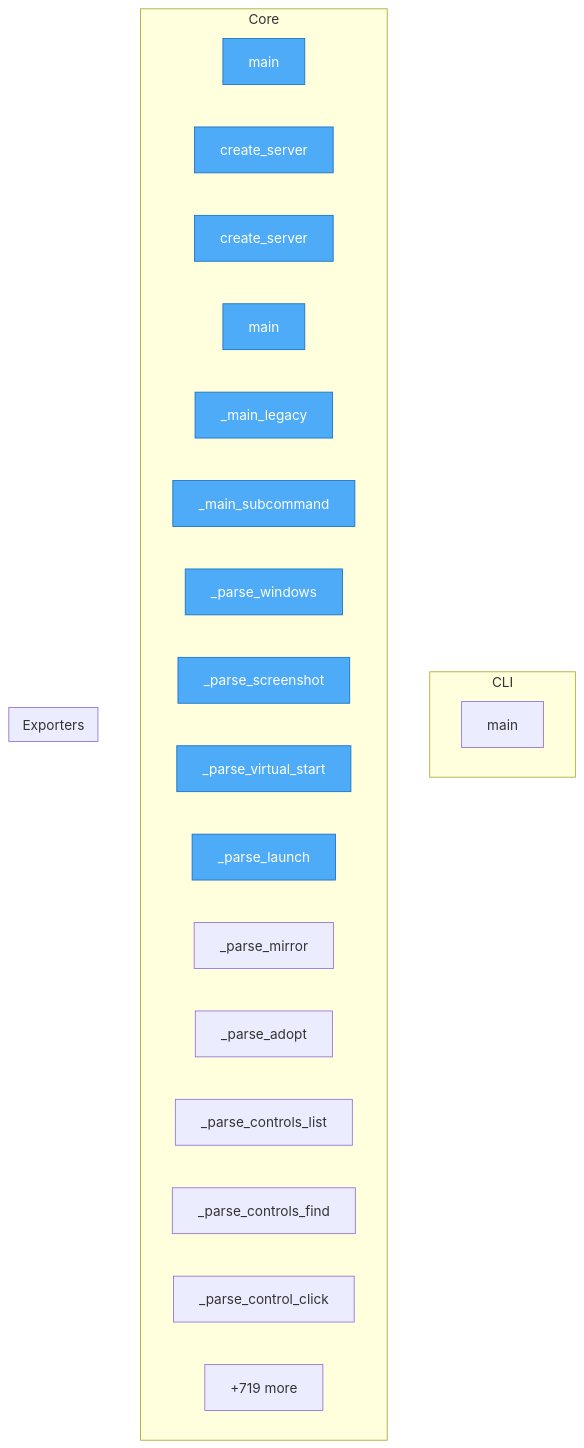
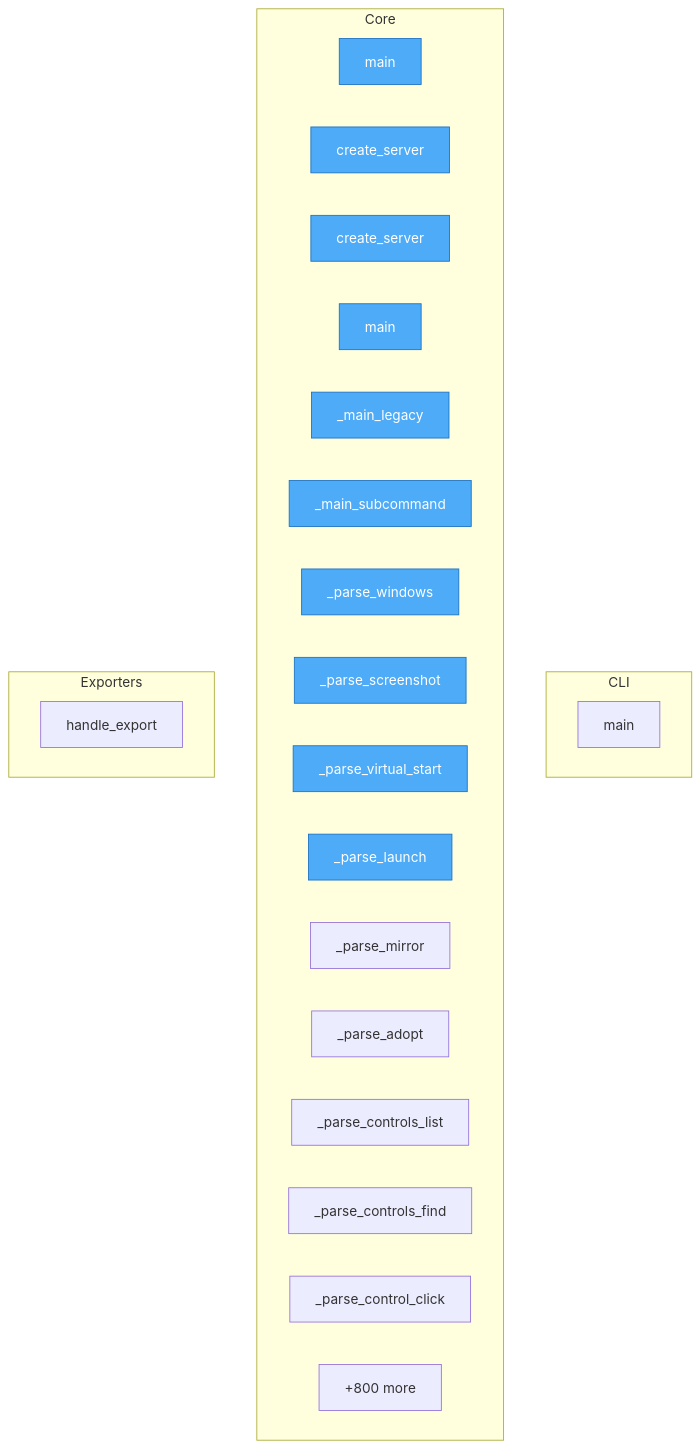
Before and after one commit to wronai/vdisplay: the diagram in project/flow.mmd, drawn with Mermaid. The commit also changed 134 other files, not shown here.

```diff
--- a/project/flow.mmd
+++ b/project/flow.mmd
@@ -1,33 +1,34 @@
 flowchart TD
 %% generated in 0.05s
 
     %% Entry points (blue)
     classDef entry fill:#4dabf7,stroke:#1971c2,color:#fff
 
     subgraph CLI
         packages__cli2vdisplay__src__cli2vdisplay__cli__main["main"]
     end
 
     subgraph Core
         packages__mcp2vdisplay__src__mcp2vdisplay__cli__main["main"]
         packages__mcp2vdisplay__src__mcp2vdisplay__cli__create_server["create_server"]
         packages__mcp2vdisplay__src__mcp2vdisplay__server__create_server["create_server"]
         packages__dsl2vdisplay__src__dsl2vdisplay__cli__main["main"]
         packages__dsl2vdisplay__src__dsl2vdisplay__cli___main_legacy["_main_legacy"]
         packages__dsl2vdisplay__src__dsl2vdisplay__cli___main_subcommand["_main_subcommand"]
         packages__dsl2vdisplay__src__dsl2vdisplay__grammar___parse_windows["_parse_windows"]
         packages__dsl2vdisplay__src__dsl2vdisplay__grammar___parse_screenshot["_parse_screenshot"]
         packages__dsl2vdisplay__src__dsl2vdisplay__grammar___parse_virtual_start["_parse_virtual_start"]
         packages__dsl2vdisplay__src__dsl2vdisplay__grammar___parse_launch["_parse_launch"]
         packages__dsl2vdisplay__src__dsl2vdisplay__grammar___parse_mirror["_parse_mirror"]
         packages__dsl2vdisplay__src__dsl2vdisplay__grammar___parse_adopt["_parse_adopt"]
         packages__dsl2vdisplay__src__dsl2vdisplay__grammar___parse_controls_list["_parse_controls_list"]
         packages__dsl2vdisplay__src__dsl2vdisplay__grammar___parse_controls_find["_parse_controls_find"]
         packages__dsl2vdisplay__src__dsl2vdisplay__grammar___parse_control_click["_parse_control_click"]
-        ...["+719 more"]
+        ...["+800 more"]
     end
 
     subgraph Exporters
+        src__vdisplay__commands__session__handle_export["handle_export"]
     end
 
     class packages__mcp2vdisplay__src__mcp2vdisplay__cli__main,packages__mcp2vdisplay__src__mcp2vdisplay__cli__create_server,packages__mcp2vdisplay__src__mcp2vdisplay__server__create_server,packages__dsl2vdisplay__src__dsl2vdisplay__cli__main,packages__dsl2vdisplay__src__dsl2vdisplay__cli___main_legacy,packages__dsl2vdisplay__src__dsl2vdisplay__cli___main_subcommand,packages__dsl2vdisplay__src__dsl2vdisplay__grammar___parse_windows,packages__dsl2vdisplay__src__dsl2vdisplay__grammar___parse_screenshot,packages__dsl2vdisplay__src__dsl2vdisplay__grammar___parse_virtual_start,packages__dsl2vdisplay__src__dsl2vdisplay__grammar___parse_launch entry
```
